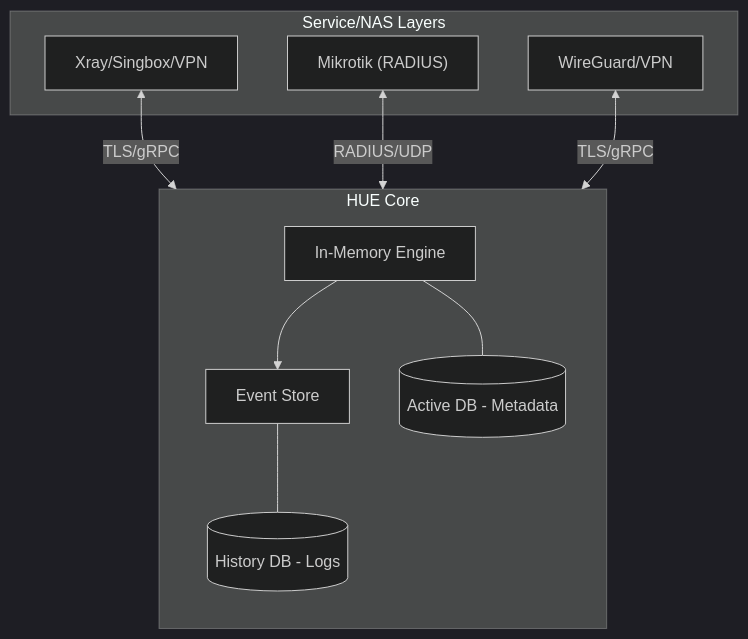
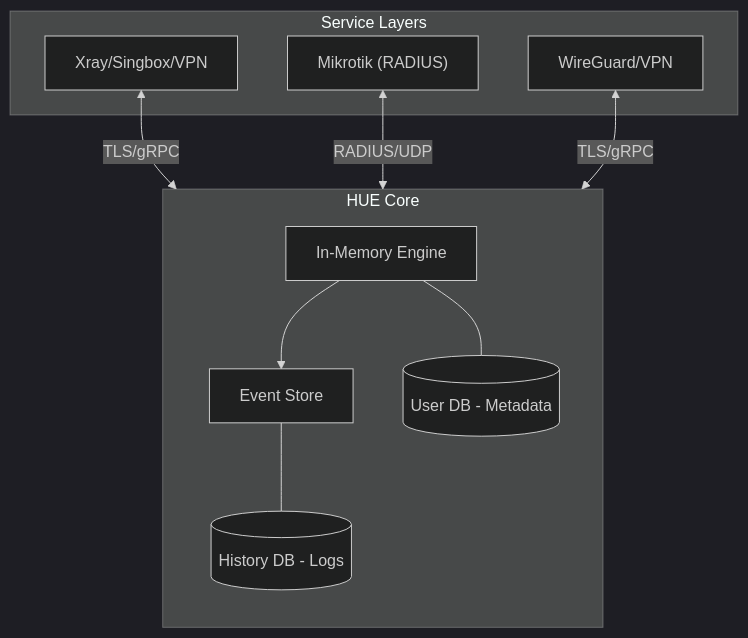
The diagram in README.md (hiddify/HUE), drawn with Mermaid (dark theme) before and after one commit. The commit also changed other lines of this file and 1 other file, not shown here.

Commit message:
update PRD

````diff
--- a/README.md
+++ b/README.md
@@ -26,23 +26,23 @@
 ```mermaid
 graph TD
-    subgraph "Service/NAS Layers"
-        SN1[Xray/Singbox/VPN]
-        SN2["Mikrotik (RADIUS)"]
-        SN3[WireGuard/VPN]
+    subgraph "Service Layers"
+        S1[Xray/Singbox/VPN]
+        S2["Mikrotik (RADIUS)"]
+        S3[WireGuard/VPN]
     end
     
     subgraph "HUE Core"
         direction TB
         HC[In-Memory Engine]
         EV[Event Store]
-        DBA[(Active DB - Metadata)]
+        DBA[(User DB - Metadata)]
         DBH[(History DB - Logs)]
     end
 
-    SN1 <-->|TLS/gRPC| HC
-    SN2 <-->|RADIUS/UDP| HC
-    SN3 <-->|TLS/gRPC| HC
+    S1 <-->|TLS/gRPC| HC
+    S2 <-->|RADIUS/UDP| HC
+    S3 <-->|TLS/gRPC| HC
     HC --> EV
     HC --- DBA
     EV --- DBH
 ```
````
